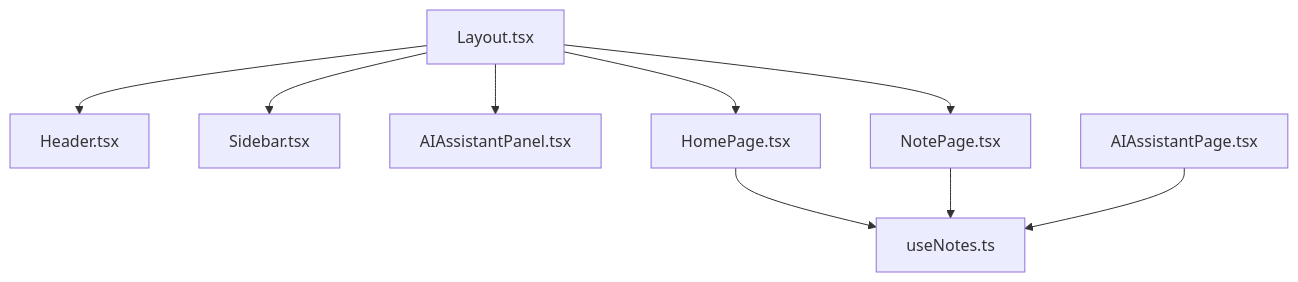
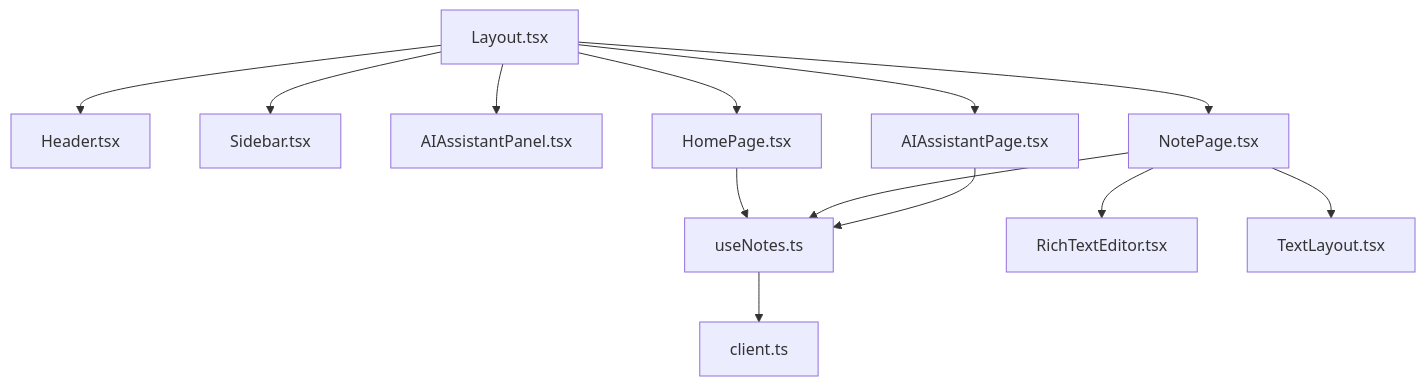
The second of 11 diagrams in .qoder/repowiki/zh/content/Web前端应用/UI组件系统.md (acproject/tomato_notebook), drawn with Mermaid before and after one commit. The commit also changed other lines of this file and 14 other files, not shown here.

````diff
--- a/.qoder/repowiki/zh/content/Web前端应用/UI组件系统.md
+++ b/.qoder/repowiki/zh/content/Web前端应用/UI组件系统.md
@@ -94,19 +112,26 @@
 ```mermaid
 graph TB
 LAYOUT["Layout.tsx"]
 HEADER["Header.tsx"]
 SIDEBAR["Sidebar.tsx"]
 AI_PANEL["AIAssistantPanel.tsx"]
 HOME["HomePage.tsx"]
 NOTE["NotePage.tsx"]
 AI_PAGE["AIAssistantPage.tsx"]
 HOOKS["useNotes.ts"]
+API_CLIENT["client.ts"]
+RT_EDITOR["RichTextEditor.tsx"]
+TEXT_LAYOUT["TextLayout.tsx"]
 LAYOUT --> HEADER
 LAYOUT --> SIDEBAR
 LAYOUT --> HOME
 LAYOUT --> NOTE
 LAYOUT --> AI_PANEL
+LAYOUT --> AI_PAGE
 HOME --> HOOKS
 NOTE --> HOOKS
 AI_PAGE --> HOOKS
+NOTE --> RT_EDITOR
+NOTE --> TEXT_LAYOUT
+HOOKS --> API_CLIENT
 ```
````
